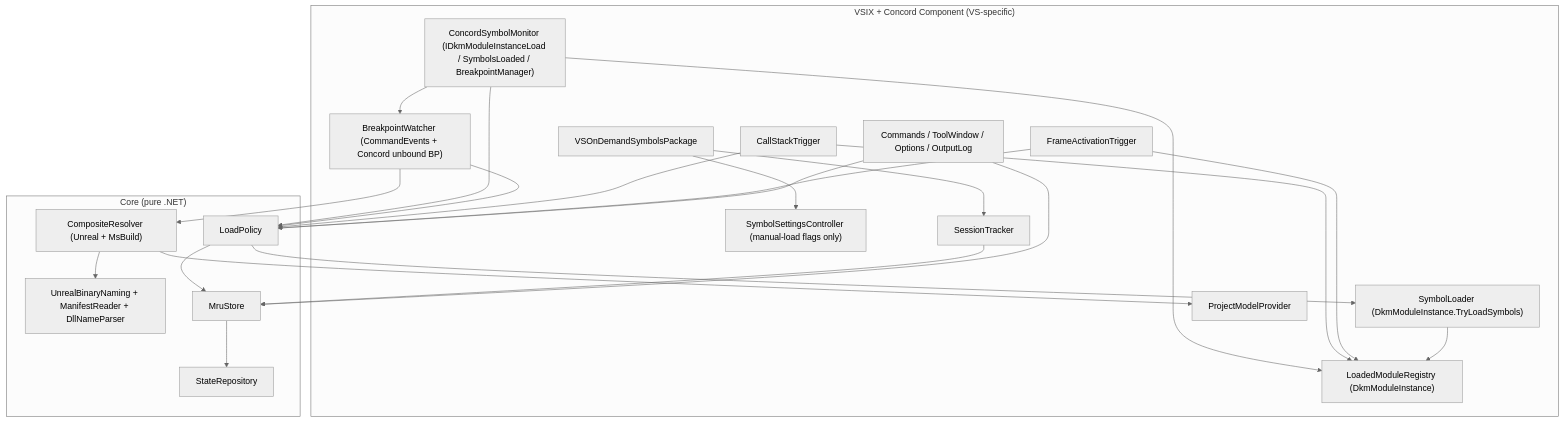
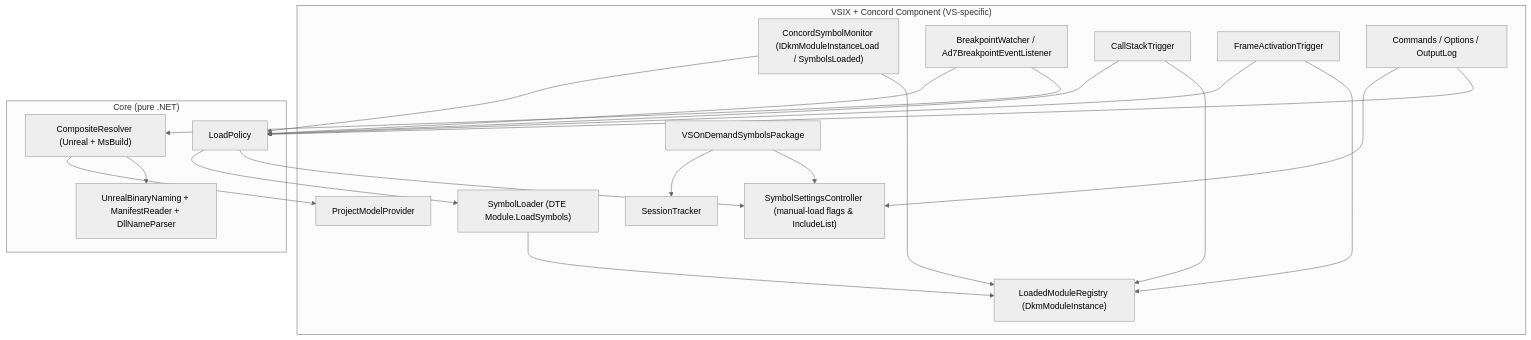
One commit to mattshepcar/VSOnDemandSymbols changed the first of 3 diagrams in docs/ARCHITECTURE.md. Above: the diagram before and after it, drawn with Mermaid (neutral theme). The commit also changed other lines of this file and 8 other files, not shown here.

Commit message:
docs: simplify architecture and plan per D-20 (drop MRU and pinning)

````diff
--- a/docs/ARCHITECTURE.md
+++ b/docs/ARCHITECTURE.md
@@ -39,43 +37,38 @@
 ```mermaid
 flowchart TD
     subgraph VSIX["VSIX + Concord Component (VS-specific)"]
         PKG["VSOnDemandSymbolsPackage"]
-        SSC["SymbolSettingsController (manual-load flags only)"]
-        CSM["ConcordSymbolMonitor (IDkmModuleInstanceLoad / SymbolsLoaded / BreakpointManager)"]
+        SSC["SymbolSettingsController (manual-load flags & IncludeList)"]
+        CSM["ConcordSymbolMonitor (IDkmModuleInstanceLoad / SymbolsLoaded)"]
         ST["SessionTracker"]
         MR["LoadedModuleRegistry (DkmModuleInstance)"]
-        SL["SymbolLoader (DkmModuleInstance.TryLoadSymbols)"]
-        BW["BreakpointWatcher (CommandEvents + Concord unbound BP)"]
+        SL["SymbolLoader (DTE Module.LoadSymbols)"]
+        BW["BreakpointWatcher / Ad7BreakpointEventListener"]
         CST["CallStackTrigger"]
         FAT["FrameActivationTrigger"]
         PMP["ProjectModelProvider"]
-        UI["Commands / ToolWindow / Options / OutputLog"]
+        UI["Commands / Options / OutputLog"]
     end
     subgraph CORE["Core (pure .NET)"]
         RES["CompositeResolver (Unreal + MsBuild)"]
         NAM["UnrealBinaryNaming + ManifestReader + DllNameParser"]
         POL["LoadPolicy"]
-        MRU["MruStore"]
-        REPO["StateRepository"]
     end
     PKG --> SSC
     PKG --> ST
     CSM --> MR
-    CSM --> BW
     CSM --> POL
     BW --> RES
+    BW --> POL
+    POL --> SSC
     CST --> MR
     FAT --> MR
-    BW --> POL
     CST --> POL
     FAT --> POL
     POL --> SL
     SL --> MR
     RES --> NAM
     RES --> PMP
-    POL --> MRU
-    MRU --> REPO
-    ST --> MRU
     UI --> POL
-    UI --> MRU
+    UI --> SSC
 ```
````
